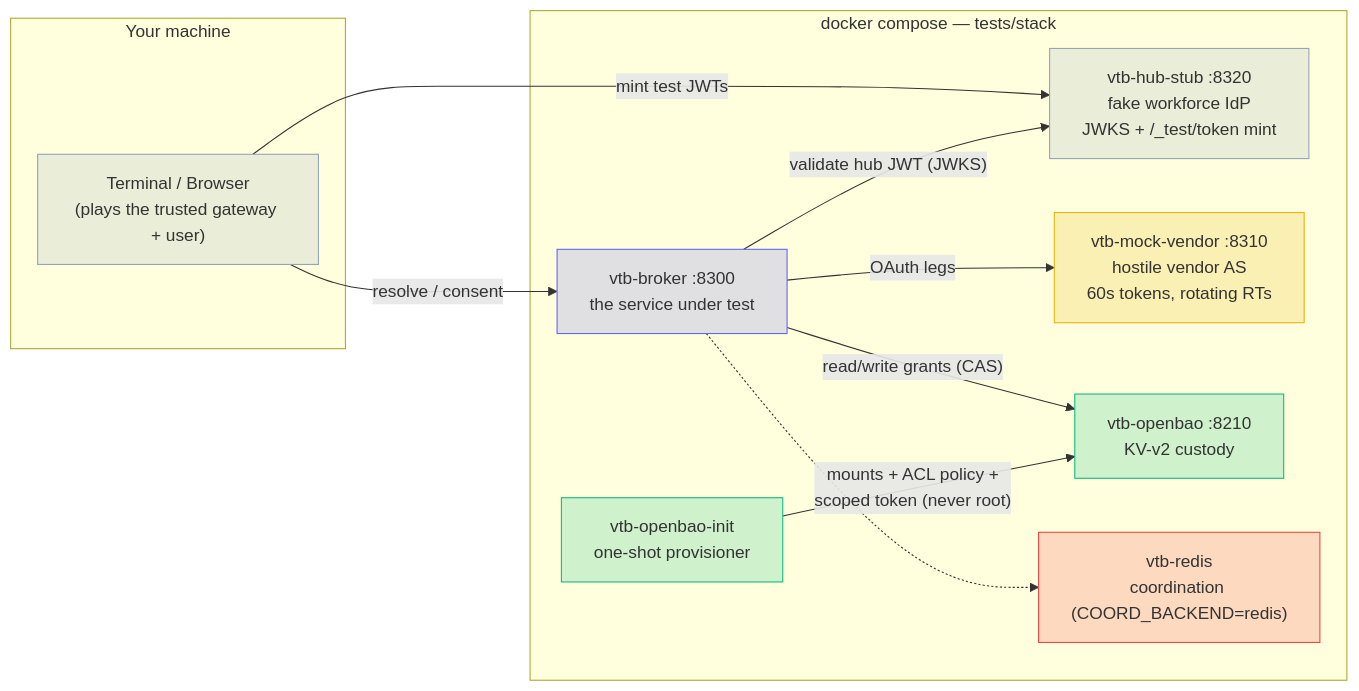
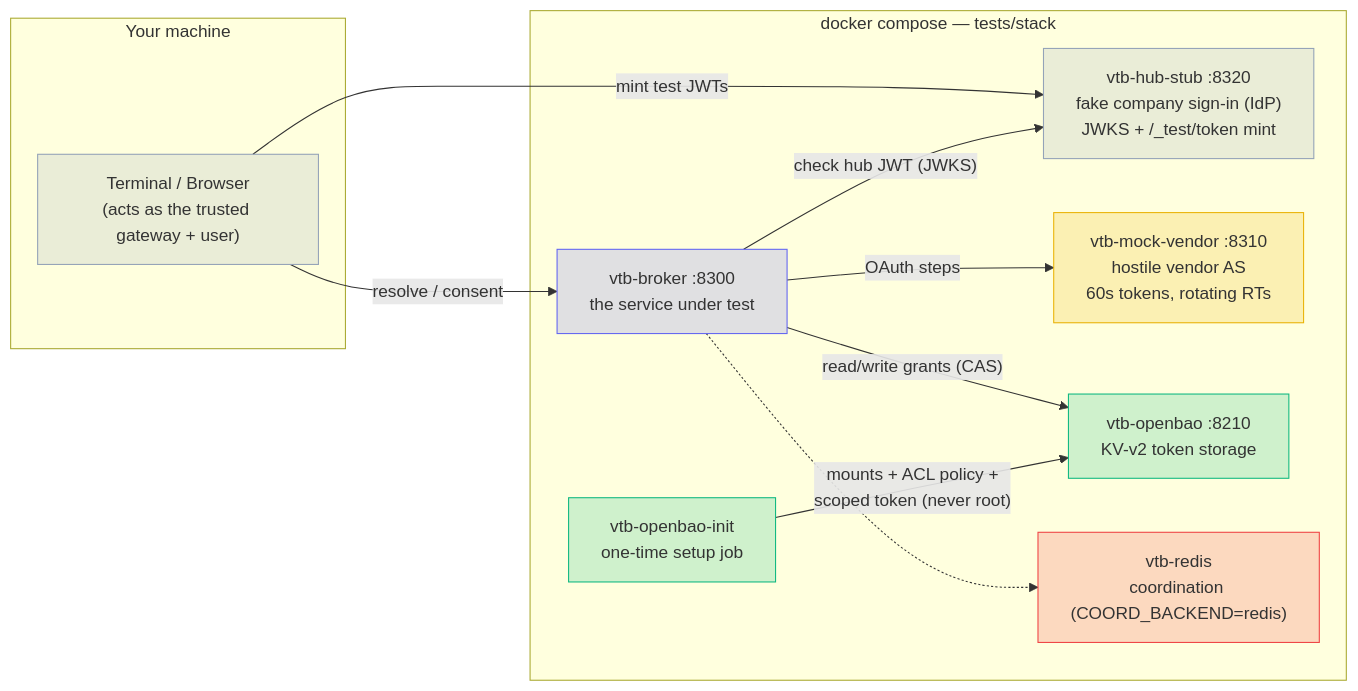
The first of 7 diagrams in docs/smoke-tests.md (chief-builder/vendor-token-broker), drawn with Mermaid before and after one commit. The commit also changed other lines of this file and 14 other files, not shown here.

````diff
--- a/docs/smoke-tests.md
+++ b/docs/smoke-tests.md
@@ -20,32 +30,32 @@
 ```mermaid
 flowchart LR
     subgraph host["Your machine"]
-        T["Terminal / Browser<br/>(plays the trusted gateway + user)"]
+        T["Terminal / Browser<br/>(acts as the trusted gateway + user)"]
     end
     subgraph compose["docker compose — tests/stack"]
         B["vtb-broker :8300<br/>the service under test"]
-        H["vtb-hub-stub :8320<br/>fake workforce IdP<br/>JWKS + /_test/token mint"]
+        H["vtb-hub-stub :8320<br/>fake company sign-in (IdP)<br/>JWKS + /_test/token mint"]
         M["vtb-mock-vendor :8310<br/>hostile vendor AS<br/>60s tokens, rotating RTs"]
-        V["vtb-openbao :8210<br/>KV-v2 custody"]
+        V["vtb-openbao :8210<br/>KV-v2 token storage"]
         R["vtb-redis<br/>coordination (COORD_BACKEND=redis)"]
-        I["vtb-openbao-init<br/>one-shot provisioner"]
+        I["vtb-openbao-init<br/>one-time setup job"]
     end
     T -- "resolve / consent" --> B
     T -- "mint test JWTs" --> H
-    B -- "validate hub JWT (JWKS)" --> H
-    B -- "OAuth legs" --> M
+    B -- "check hub JWT (JWKS)" --> H
+    B -- "OAuth steps" --> M
     B -- "read/write grants (CAS)" --> V
     B -.-> R
     I -- "mounts + ACL policy +<br/>scoped token (never root)" --> V
 
     classDef broker fill:#6366f133,stroke:#6366f1
     classDef vendor fill:#eab30833,stroke:#eab308
     classDef custody fill:#10b98133,stroke:#10b981
     classDef coord fill:#ef444433,stroke:#ef4444
     classDef neutral fill:#94a3b833,stroke:#94a3b8
     class B broker
     class M vendor
     class V,I custody
     class R coord
     class T,H neutral
 ```
````
